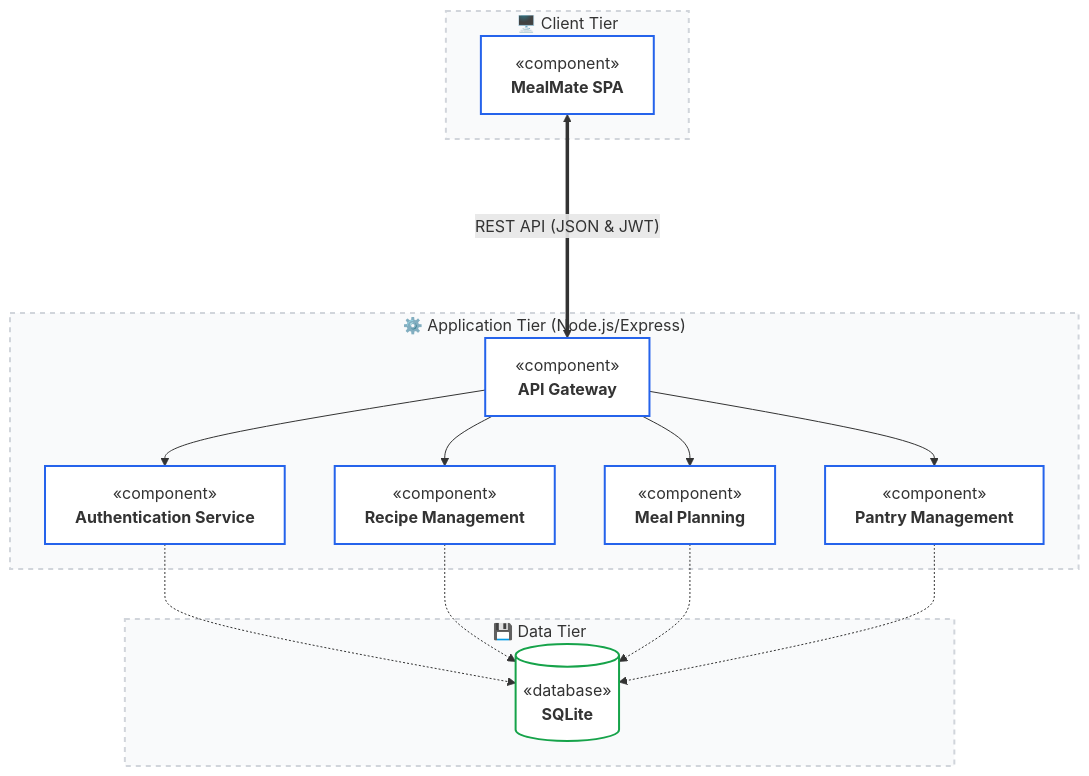
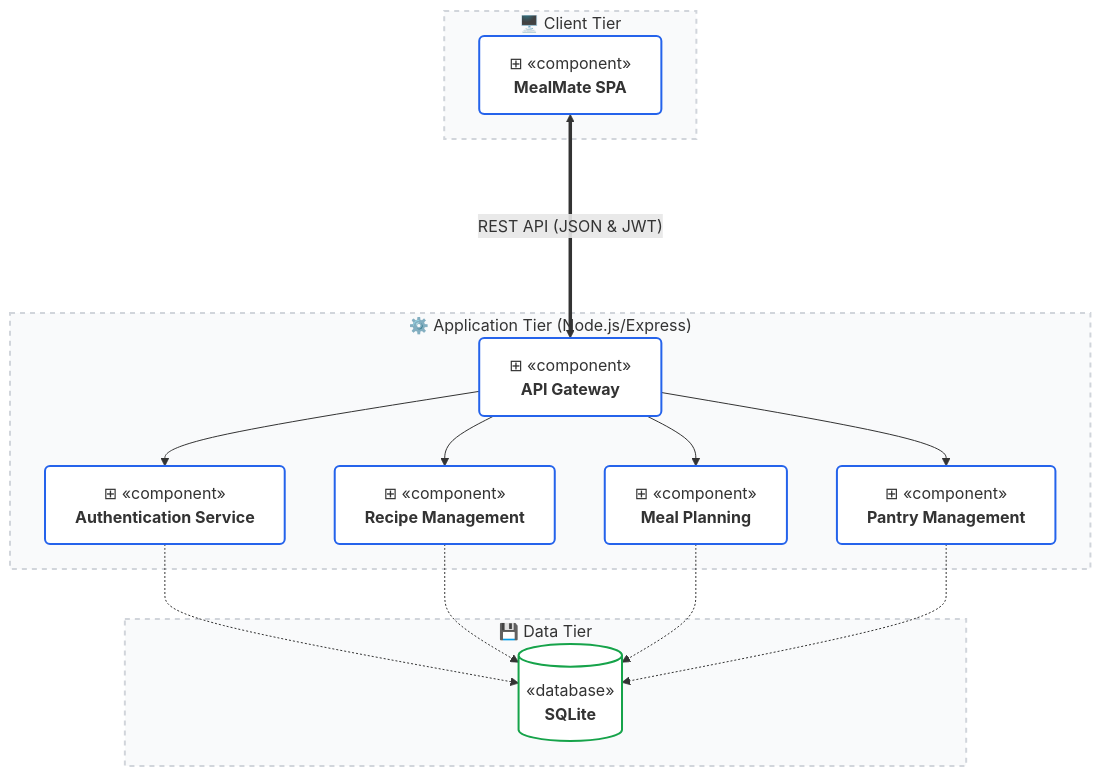
Before and after one commit to Amourous/MealMate: the diagram in docs/diagram_sources/component.mmd, drawn with Mermaid. The commit also changed 3 other files, not shown here.

Commit message:
docs: use 100% native Mermaid code with Unicode markers for component tabs

```diff
--- a/docs/diagram_sources/component.mmd
+++ b/docs/diagram_sources/component.mmd
@@ -1,39 +1,47 @@
 flowchart TD
     %% Custom Styling for Component Diagram
     classDef layerBox fill:#f9fafb,stroke:#d1d5db,stroke-width:2px,stroke-dasharray: 5 5;
     classDef compNode fill:#ffffff,stroke:#2563eb,stroke-width:2px;
     classDef dbNode fill:#ffffff,stroke:#16a34a,stroke-width:2px;
 
     subgraph ClientLayer ["🖥️ Client Tier"]
-        SPA["«component»<br/><b>MealMate SPA</b>"]:::compNode
+        SPA["⊞ «component»<br/><b>MealMate SPA</b>"]:::compNode
     end
 
     subgraph ServerLayer ["⚙️ Application Tier (Node.js/Express)"]
-        Gateway["«component»<br/><b>API Gateway</b>"]:::compNode
+        Gateway["⊞ «component»<br/><b>API Gateway</b>"]:::compNode
         
-        AuthService["«component»<br/><b>Authentication Service</b>"]:::compNode
-        RecipeService["«component»<br/><b>Recipe Management</b>"]:::compNode
-        MealPlanService["«component»<br/><b>Meal Planning</b>"]:::compNode
-        PantryService["«component»<br/><b>Pantry Management</b>"]:::compNode
+        AuthService["⊞ «component»<br/><b>Authentication Service</b>"]:::compNode
+        RecipeService["⊞ «component»<br/><b>Recipe Management</b>"]:::compNode
+        MealPlanService["⊞ «component»<br/><b>Meal Planning</b>"]:::compNode
+        PantryService["⊞ «component»<br/><b>Pantry Management</b>"]:::compNode
 
         Gateway --> AuthService
         Gateway --> RecipeService
         Gateway --> MealPlanService
         Gateway --> PantryService
     end
 
     subgraph DataLayer ["💾 Data Tier"]
         DB[("«database»<br/><b>SQLite</b>")]:::dbNode
     end
 
     %% Interactions
     SPA <====>|"REST API (JSON & JWT)"| Gateway
     
     %% Data Operations
     AuthService -.-> DB
     RecipeService -.-> DB
     MealPlanService -.-> DB
     PantryService -.-> DB
 
     %% Apply structural styling
     class ClientLayer,ServerLayer,DataLayer layerBox
+
+    %% Global Component Overrides (Slight rounding for standard look)
+    style SPA rx:5,ry:5
+    style Gateway rx:5,ry:5
+    style AuthService rx:5,ry:5
+    style RecipeService rx:5,ry:5
+    style MealPlanService rx:5,ry:5
+    style PantryService rx:5,ry:5
```
